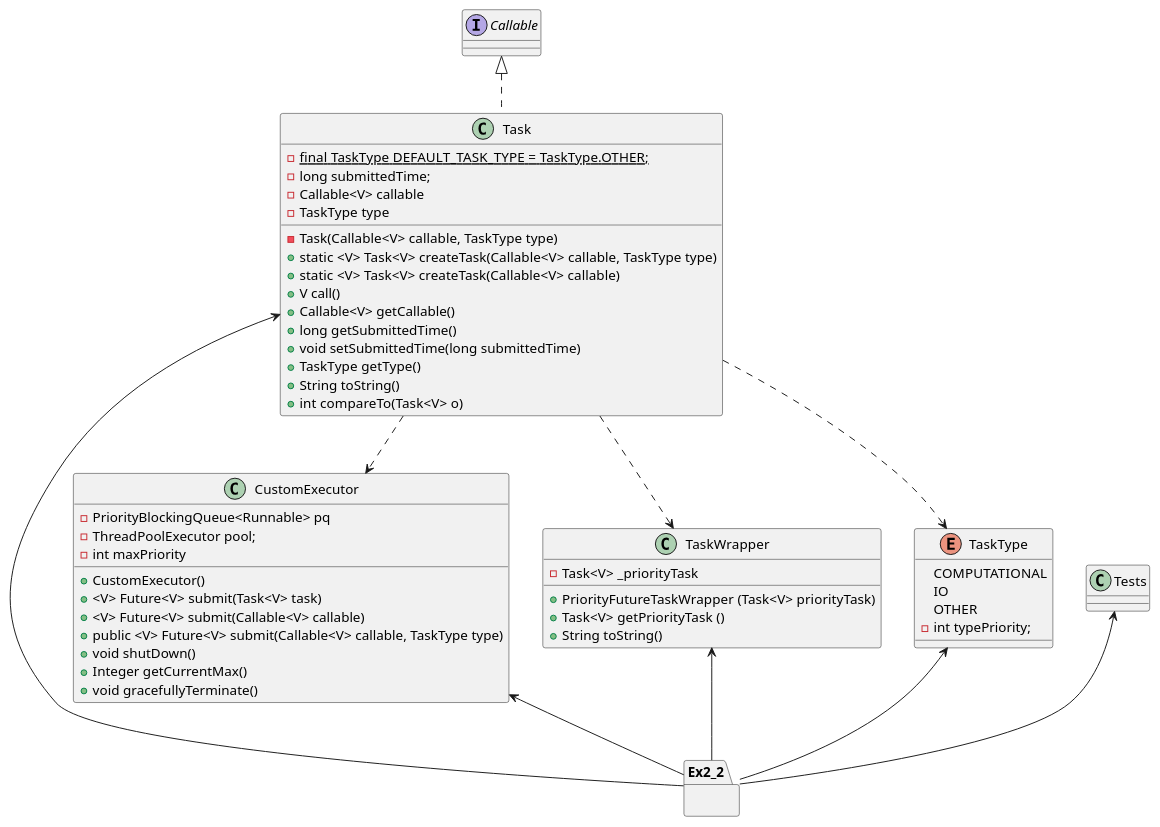
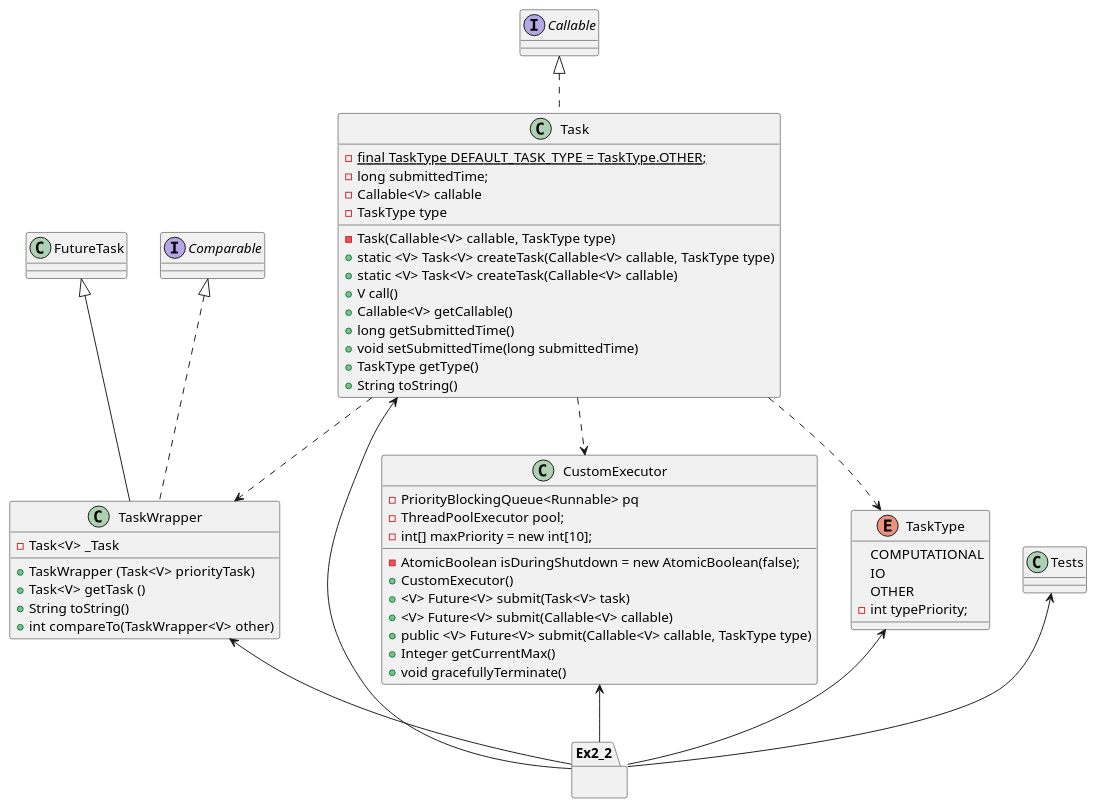
Before and after one commit to ofirshitrit/OOP-Ex2: the diagram in out/production/Ex2/Ex2_2/Diagram2.puml, drawn with PlantUML. The commit also changed 7 other files, not shown here.

```diff
--- a/out/production/Ex2/Ex2_2/Diagram2.puml
+++ b/out/production/Ex2/Ex2_2/Diagram2.puml
@@ -1,64 +1,62 @@
 @startuml
 CustomExecutor <-- Ex2_2
 Task <-- Ex2_2
 TaskWrapper <-- Ex2_2
 TaskType <-- Ex2_2
 Tests <-- Ex2_2
 Task ..> CustomExecutor
 Task ..> TaskType
 Task ..> TaskWrapper
 
 
 
 package Ex2_2{
 
 }
 
 class CustomExecutor {
  - PriorityBlockingQueue<Runnable> pq
    - ThreadPoolExecutor pool;
-   - int maxPriority
-     + CustomExecutor()
+   - AtomicBoolean isDuringShutdown = new AtomicBoolean(false);
+- int[] maxPriority = new int[10];
++ CustomExecutor()
      + <V> Future<V> submit(Task<V> task)
      + <V> Future<V> submit(Callable<V> callable)
     + public <V> Future<V> submit(Callable<V> callable, TaskType type)
-    + void shutDown()
     + Integer getCurrentMax()
     + void gracefullyTerminate()
 }
 
 class Task implements Callable{
 - {static} final TaskType DEFAULT_TASK_TYPE = TaskType.OTHER;
 - long submittedTime;
 - Callable<V> callable
 - TaskType type
 - Task(Callable<V> callable, TaskType type)
 + static <V> Task<V> createTask(Callable<V> callable, TaskType type)
 + static <V> Task<V> createTask(Callable<V> callable)
 + V call()
 + Callable<V> getCallable()
 + long getSubmittedTime()
 + void setSubmittedTime(long submittedTime)
 + TaskType getType()
 + String toString()
-+ int compareTo(Task<V> o)
 }
-
-
 
 enum TaskType{
     COMPUTATIONAL
     IO
     OTHER
     - int typePriority;
 }
 
-class TaskWrapper{
-- Task<V> _priorityTask
-+ PriorityFutureTaskWrapper (Task<V> priorityTask)
-+ Task<V> getPriorityTask ()
+class TaskWrapper extends FutureTask implements Comparable{
+- Task<V> _Task
++ TaskWrapper (Task<V> priorityTask)
++ Task<V> getTask ()
 + String toString()
++ int compareTo(TaskWrapper<V> other)
 }
 
 
 @enduml
```
